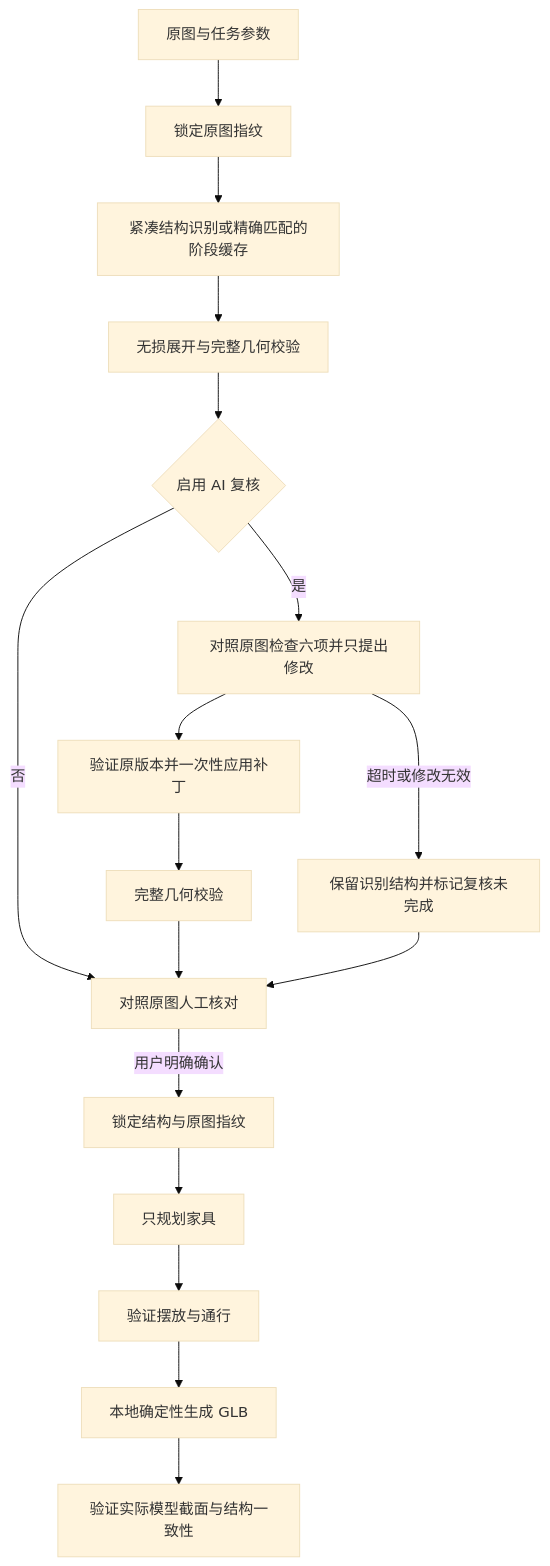
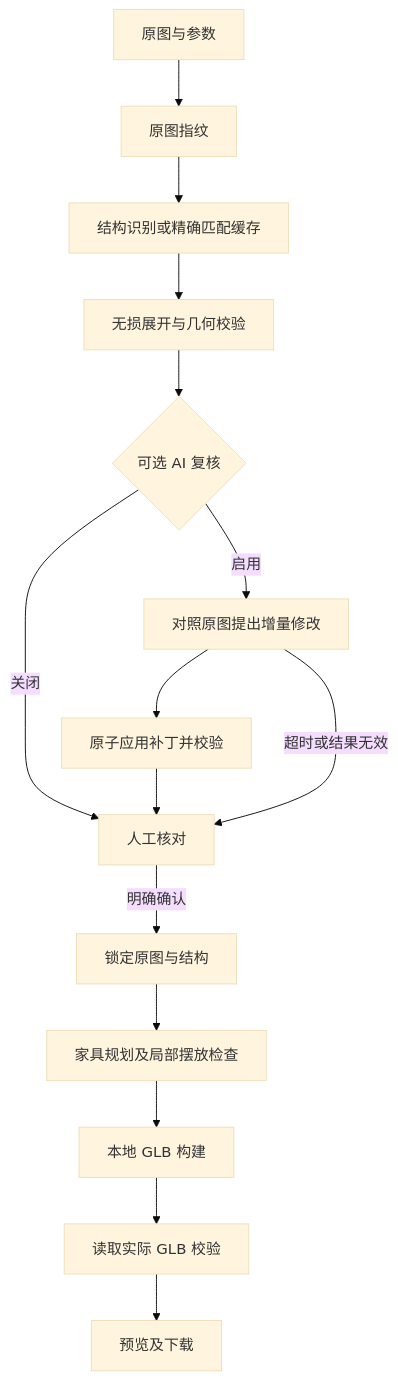
The diagram in docs/ai-pipeline-design.md (Li-Rui-Zhe/LayoutSculpt), drawn with Mermaid (base theme) before and after one commit. The commit also changed other lines of this file and 48 other files, not shown here.

````diff
--- a/docs/ai-pipeline-design.md
+++ b/docs/ai-pipeline-design.md
@@ -20,19 +9,17 @@
 ```mermaid
 flowchart TD
-    A[原图与任务参数] --> B[锁定原图指纹]
-    B --> C[紧凑结构识别或精确匹配的阶段缓存]
-    C --> D[无损展开与完整几何校验]
-    D --> E{启用 AI 复核}
-    E -->|是| F[对照原图检查六项并只提出修改]
-    F --> G[验证原版本并一次性应用补丁]
-    G --> H[完整几何校验]
-    F -->|超时或修改无效| I[保留识别结构并标记复核未完成]
-    E -->|否| J[对照原图人工核对]
-    H --> J
-    I --> J
-    J -->|用户明确确认| K[锁定结构与原图指纹]
-    K --> L[只规划家具]
-    L --> M[验证摆放与通行]
-    M --> N[本地确定性生成 GLB]
-    N --> O[验证实际模型截面与结构一致性]
+    A[原图与参数] --> B[原图指纹]
+    B --> C[结构识别或精确匹配缓存]
+    C --> D[无损展开与几何校验]
+    D --> E{可选 AI 复核}
+    E -->|启用| F[对照原图提出增量修改]
+    F --> G[原子应用补丁并校验]
+    E -->|关闭| H[人工核对]
+    G --> H
+    F -->|超时或结果无效| H
+    H -->|明确确认| I[锁定原图与结构]
+    I --> J[家具规划及局部摆放检查]
+    J --> K[本地 GLB 构建]
+    K --> L[读取实际 GLB 校验]
+    L --> M[预览及下载]
 ```
````
